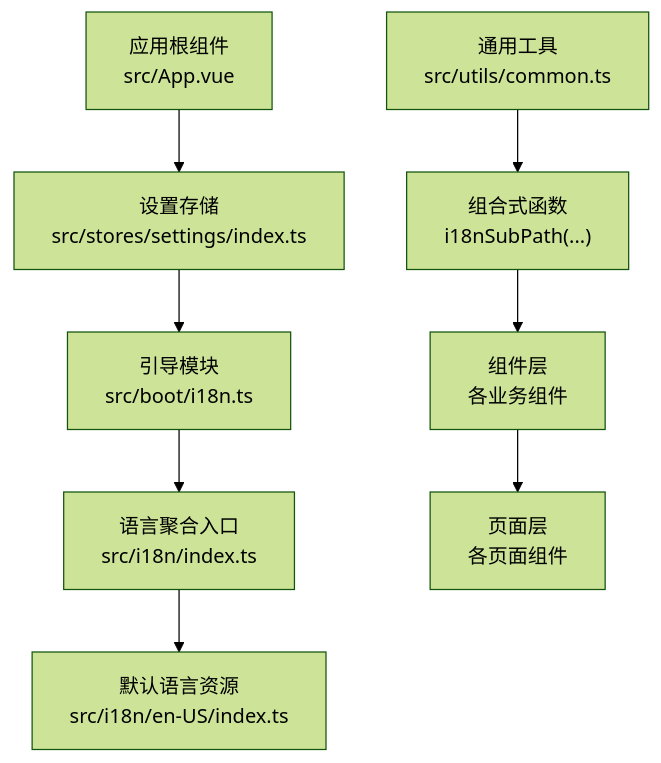
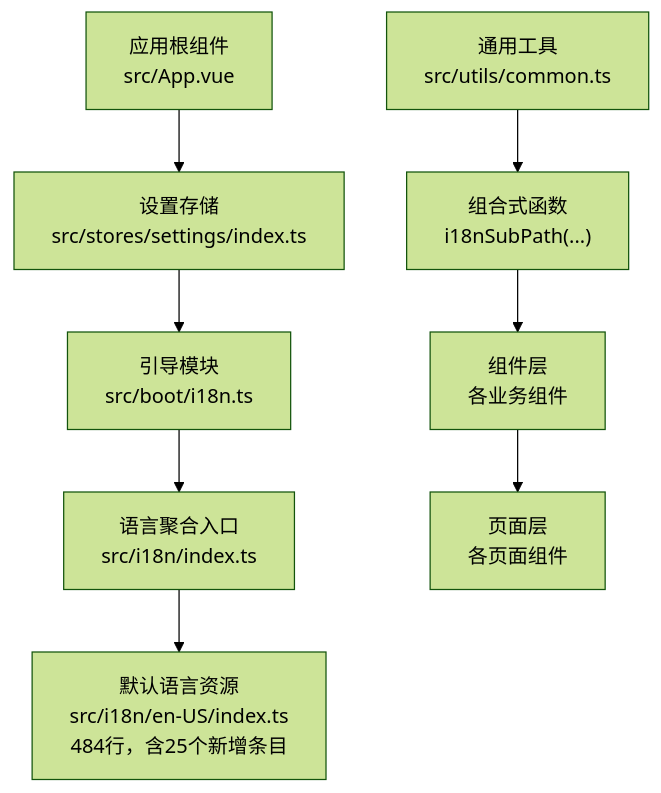
Before and after one commit to le-bot-team/le-bot-frontend: the first of 6 diagrams in .qoder/repowiki/zh/content/国际化与本地化.md, drawn with Mermaid (forest theme). The commit also changed other lines of this file and 217 other files, not shown here.

````diff
--- a/.qoder/repowiki/zh/content/国际化与本地化.md
+++ b/.qoder/repowiki/zh/content/国际化与本地化.md
@@ -42,10 +55,10 @@
 ```mermaid
 graph TB
 Boot["引导模块<br/>src/boot/i18n.ts"] --> I18nIndex["语言聚合入口<br/>src/i18n/index.ts"]
-I18nIndex --> EnUS["默认语言资源<br/>src/i18n/en-US/index.ts"]
+I18nIndex --> EnUS["默认语言资源<br/>src/i18n/en-US/index.ts<br/>484行，含25个新增条目"]
 Utils["通用工具<br/>src/utils/common.ts"] --> Composables["组合式函数<br/>i18nSubPath(...)"]
 Composables --> Components["组件层<br/>各业务组件"]
 Stores["设置存储<br/>src/stores/settings/index.ts"] --> Boot
 Components --> Pages["页面层<br/>各页面组件"]
 App["应用根组件<br/>src/App.vue"] --> Stores
 ```
````
